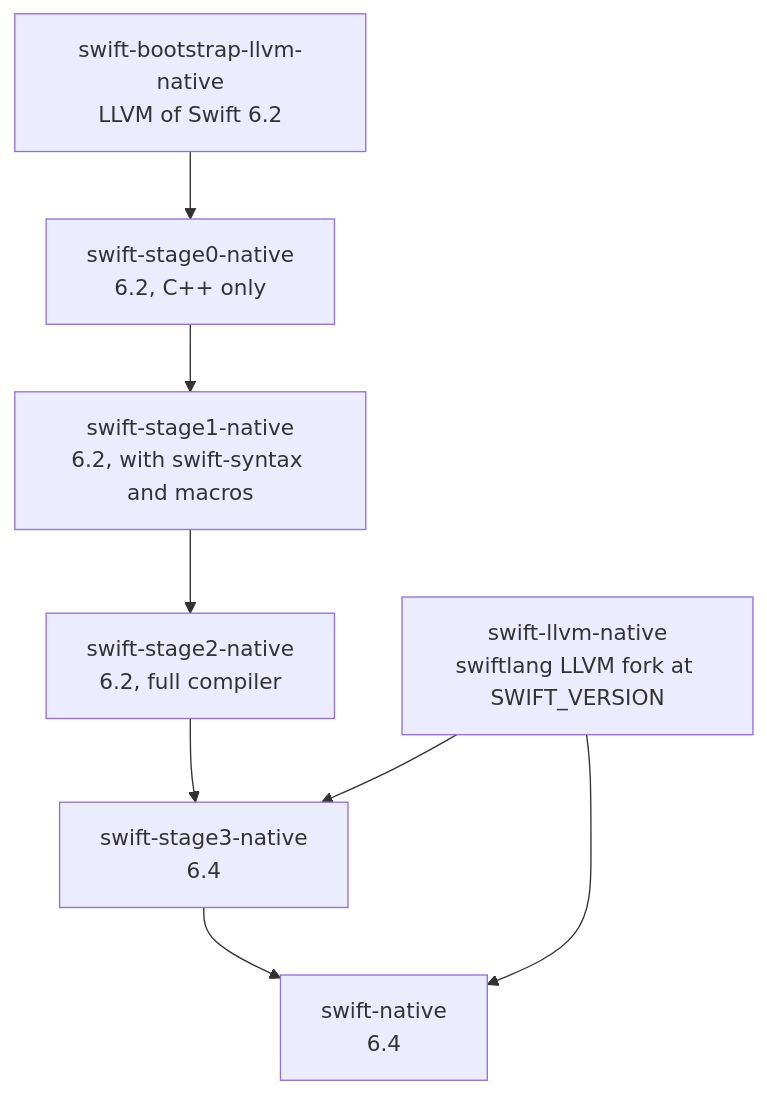
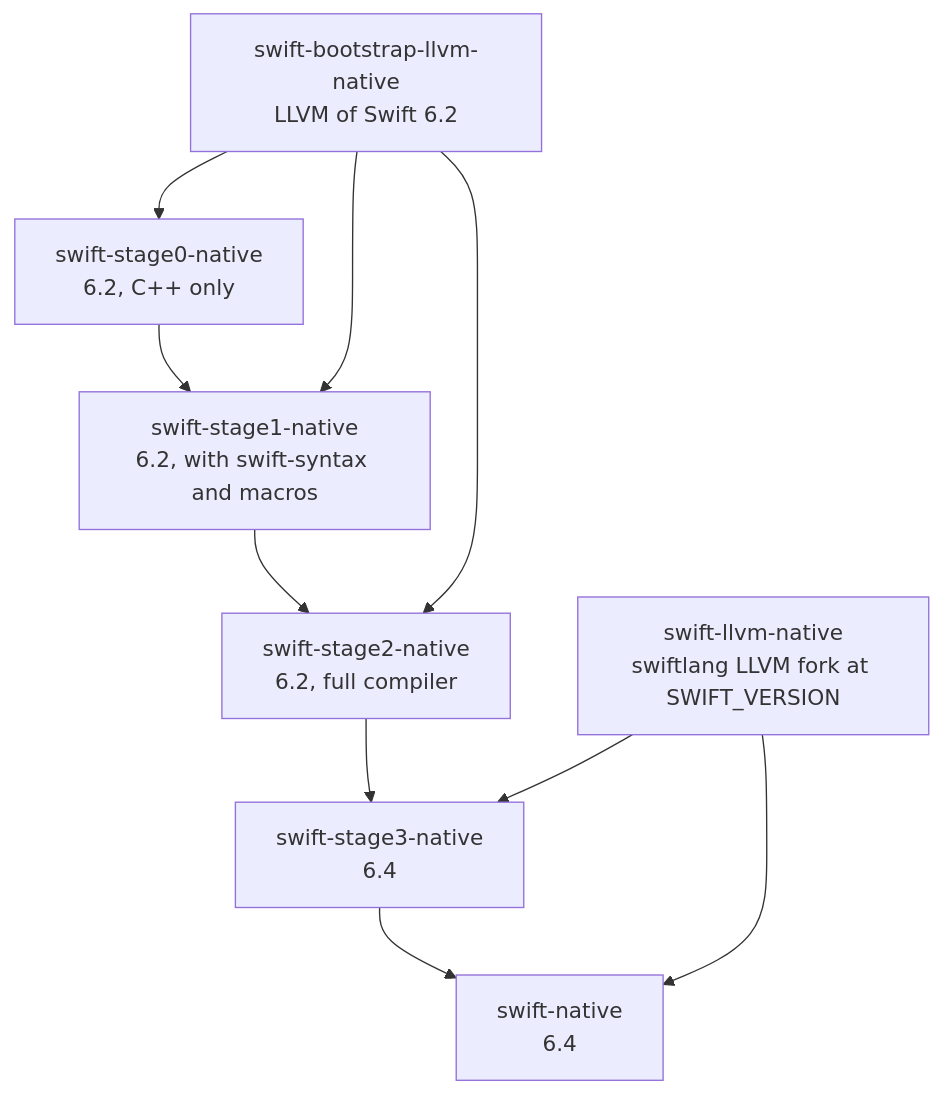
One commit to nikolaszimmermann/meta-swift changed the second of 3 diagrams in README.md. Above: the diagram before and after it, drawn with Mermaid. The commit also changed other lines of this file and 1 other file, not shown here.

````diff
--- a/README.md
+++ b/README.md
@@ -110,14 +110,16 @@
 ```mermaid
 flowchart TD
     bllvm["swift-bootstrap-llvm-native<br/>LLVM of Swift 6.2"]
     s0["swift-stage0-native<br/>6.2, C++ only"]
     s1["swift-stage1-native<br/>6.2, with swift-syntax and macros"]
     s2["swift-stage2-native<br/>6.2, full compiler"]
     s3["swift-stage3-native<br/>6.4"]
     clang["swift-llvm-native<br/>swiftlang LLVM fork at SWIFT_VERSION"]
     swift["swift-native<br/>6.4"]
 
     bllvm --> s0 --> s1 --> s2 --> s3 --> swift
+    bllvm --> s1
+    bllvm --> s2
     clang --> s3
     clang --> swift
 ```
````
